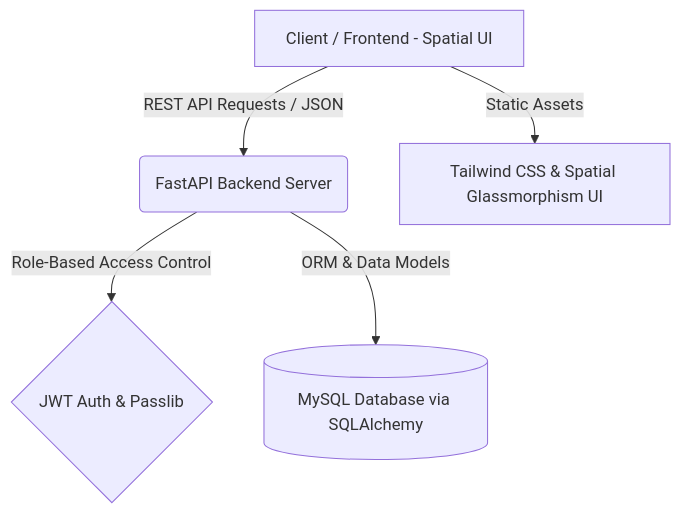
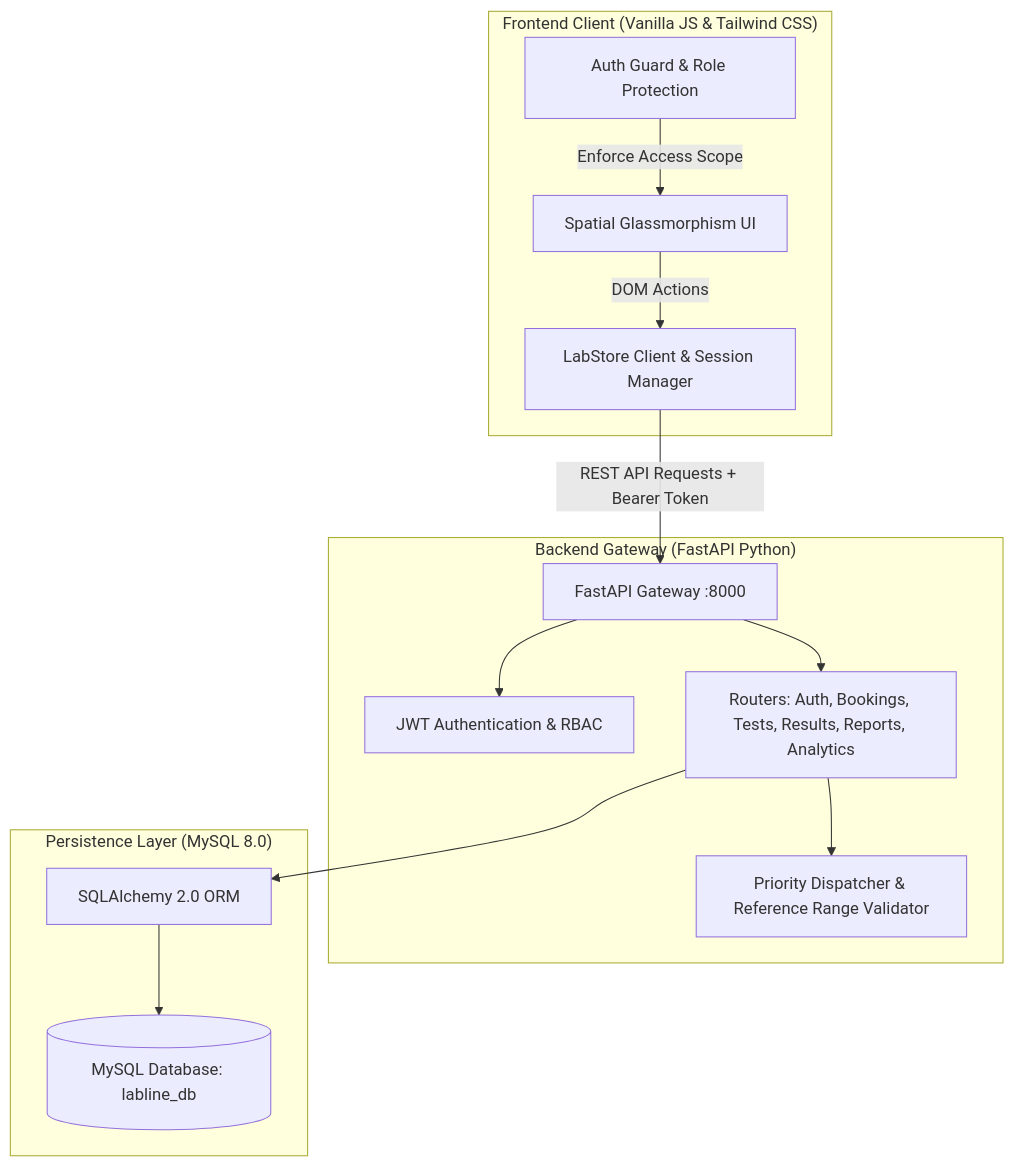
The first of 2 diagrams in README.md (nithin16-cloud/ddp), drawn with Mermaid before and after one commit. The commit also changed other lines of this file and 2 other files, not shown here.

Commit message:
docs: update comprehensive project documentation and add backend/frontend README guides

````diff
--- a/README.md
+++ b/README.md
@@ -37,7 +89,29 @@
 ```mermaid
 graph TD
-    A[Client / Frontend - Spatial UI] -->|REST API Requests / JSON| B(FastAPI Backend Server)
-    B -->|Role-Based Access Control| C{JWT Auth & Passlib}
-    B -->|ORM & Data Models| D[(MySQL Database via SQLAlchemy)]
-    A -->|Static Assets| E[Tailwind CSS & Spatial Glassmorphism UI]
+    subgraph Frontend["Frontend Client (Vanilla JS & Tailwind CSS)"]
+        UI[Spatial Glassmorphism UI]
+        LS[LabStore Client & Session Manager]
+        AG[Auth Guard & Role Protection]
+    end
+
+    subgraph Backend["Backend Gateway (FastAPI Python)"]
+        API[FastAPI Gateway :8000]
+        JWT[JWT Authentication & RBAC]
+        Routers[Routers: Auth, Bookings, Tests, Results, Reports, Analytics]
+        Engine[Priority Dispatcher & Reference Range Validator]
+    end
+
+    subgraph Database["Persistence Layer (MySQL 8.0)"]
+        SQL[(MySQL Database: labline_db)]
+        ORM[SQLAlchemy 2.0 ORM]
+    end
+
+    UI -->|DOM Actions| LS
+    LS -->|REST API Requests + Bearer Token| API
+    AG -->|Enforce Access Scope| UI
+    API --> JWT
+    API --> Routers
+    Routers --> Engine
+    Routers --> ORM
+    ORM --> SQL
 ```
````
